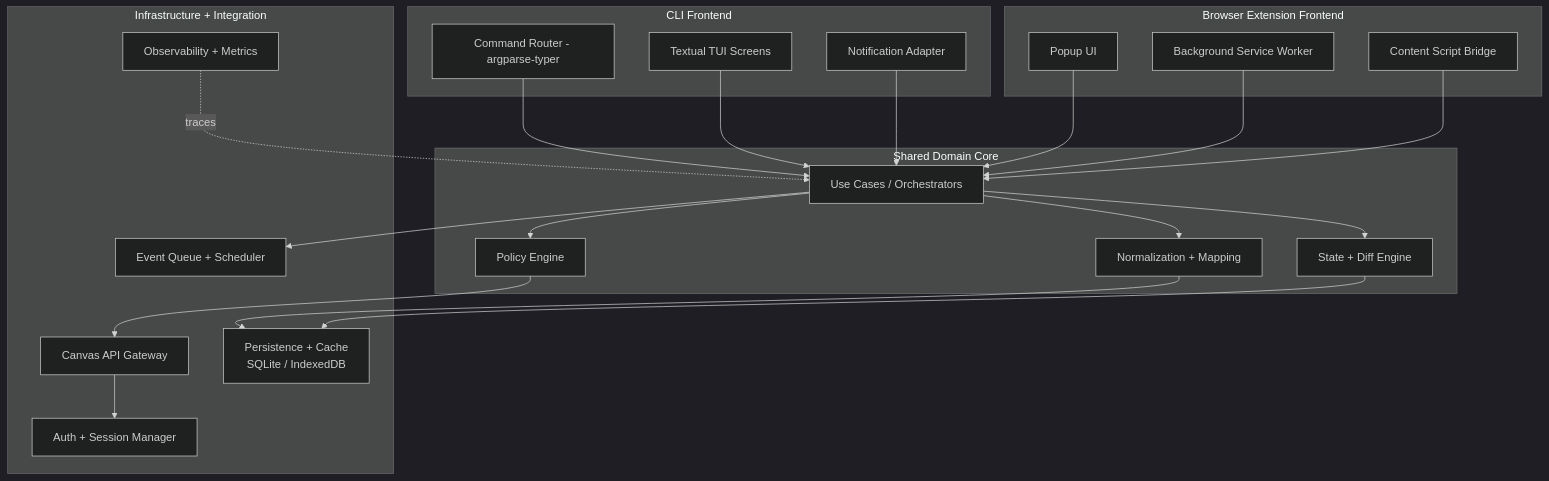
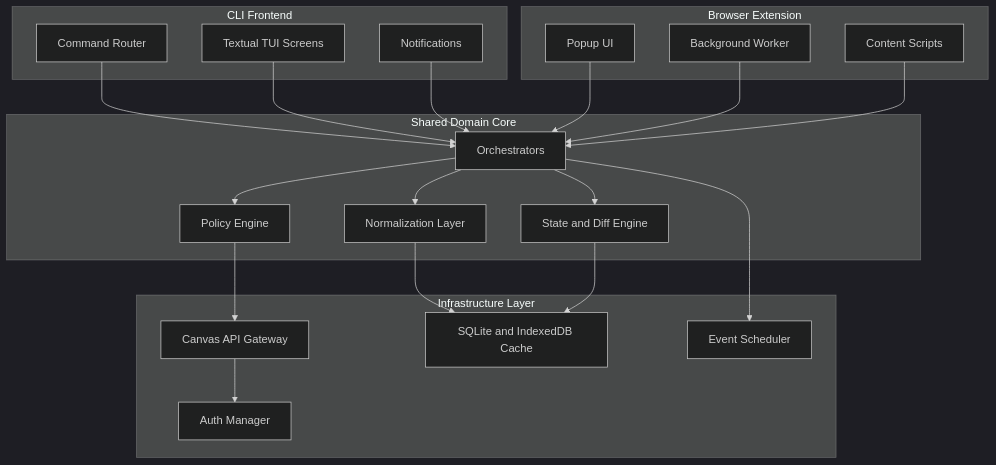
The diagram in README.md (kleinpanic/CS3704-Canvas-Project), drawn with Mermaid (dark theme) before and after one commit. The commit also changed other lines of this file and 1 other file, not shown here.

Commit message:
Polish README, fix Mermaid syntax, add auto-assignment workflow

````diff
--- a/README.md
+++ b/README.md
@@ -59,42 +35,40 @@
 ```mermaid
 flowchart TB
   subgraph CLI[CLI Frontend]
-    CLI_CMD[Command Router - argparse-typer]
-    CLI_TUI[Textual TUI Screens]
-    CLI_NOTIF[Notification Adapter]
+    CMD[Command Router]
+    TUI[Textual TUI Screens]
+    NOTIF[Notifications]
   end
 
-  subgraph EXT[Browser Extension Frontend]
-    EXT_POPUP[Popup UI]
-    EXT_BG[Background Service Worker]
-    EXT_CONTENT[Content Script Bridge]
+  subgraph EXT[Browser Extension]
+    POPUP[Popup UI]
+    BG[Background Worker]
+    CONTENT[Content Scripts]
   end
 
   subgraph CORE[Shared Domain Core]
-    ORCH[Use Cases / Orchestrators]
+    ORCH[Orchestrators]
     POLICY[Policy Engine]
-    NORM[Normalization + Mapping]
-    DIFF[State + Diff Engine]
+    NORM[Normalization Layer]
+    DIFF[State and Diff Engine]
   end
 
-  subgraph INFRA[Infrastructure + Integration]
+  subgraph INFRA[Infrastructure Layer]
     API[Canvas API Gateway]
-    AUTH[Auth + Session Manager]
-    CACHE[Persistence + Cache<br/>SQLite / IndexedDB]
-    QUEUE[Event Queue + Scheduler]
-    OBS[Observability + Metrics]
+    AUTH[Auth Manager]
+    CACHE[SQLite and IndexedDB Cache]
+    QUEUE[Event Scheduler]
   end
 
-  CLI_CMD --> ORCH
-  CLI_TUI --> ORCH
-  CLI_NOTIF --> ORCH
-  EXT_POPUP --> ORCH
-  EXT_BG --> ORCH
-  EXT_CONTENT --> ORCH
+  CMD --> ORCH
+  TUI --> ORCH
+  NOTIF --> ORCH
+  POPUP --> ORCH
+  BG --> ORCH
+  CONTENT --> ORCH
   ORCH --> POLICY --> API
   ORCH --> NORM --> CACHE
   ORCH --> DIFF --> CACHE
   ORCH --> QUEUE
   API --> AUTH
-  OBS -. traces .-> ORCH
 ```
````
